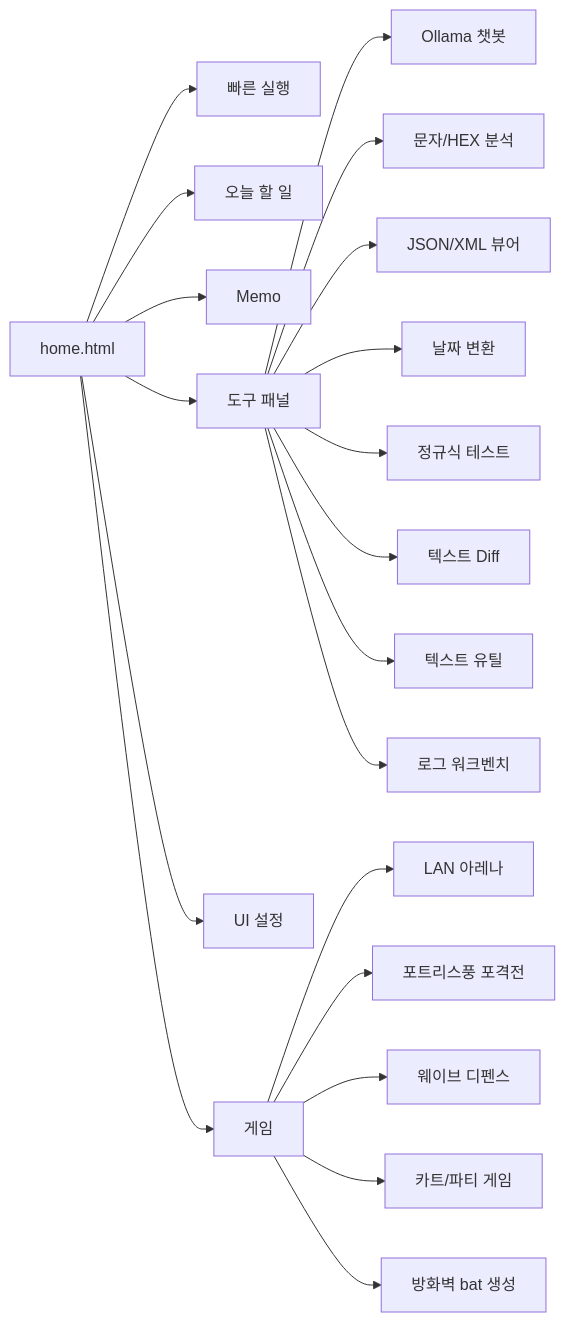
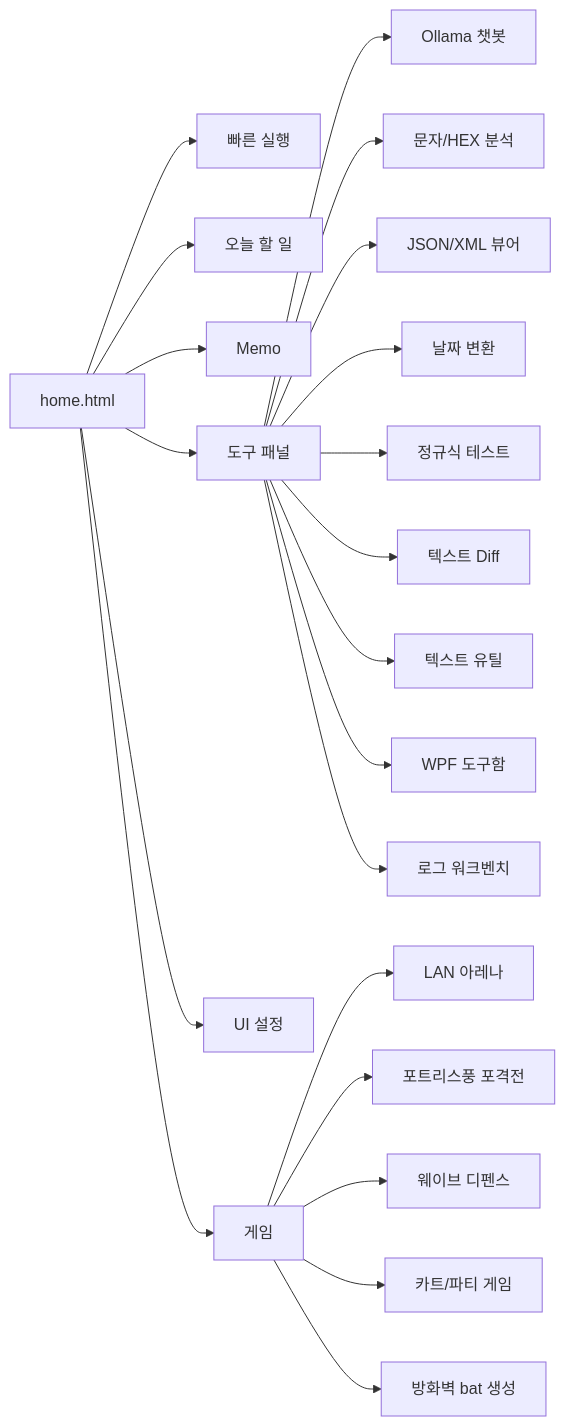
Before and after one commit to kjsu1994/Good_ETC: the diagram in README.md, drawn with Mermaid. The commit also changed other lines of this file and 2 other files, not shown here.

Commit message:
WPF 도구추가

````diff
--- a/README.md
+++ b/README.md
@@ -13,23 +14,24 @@
 ```mermaid
 flowchart LR
     A[home.html] --> B[빠른 실행]
     A --> C[오늘 할 일]
     A --> D[Memo]
     A --> E[도구 패널]
     A --> F[UI 설정]
     A --> G[게임]
 
     E --> E1[Ollama 챗봇]
     E --> E2[문자/HEX 분석]
     E --> E3[JSON/XML 뷰어]
     E --> E4[날짜 변환]
     E --> E5[정규식 테스트]
     E --> E6[텍스트 Diff]
     E --> E7[텍스트 유틸]
-    E --> E8[로그 워크벤치]
+    E --> E8[WPF 도구함]
+    E --> E9[로그 워크벤치]
     G --> G1[LAN 아레나]
     G --> G2[포트리스풍 포격전]
     G --> G3[웨이브 디펜스]
     G --> G4[카트/파티 게임]
     G --> G5[방화벽 bat 생성]
 ```
````
